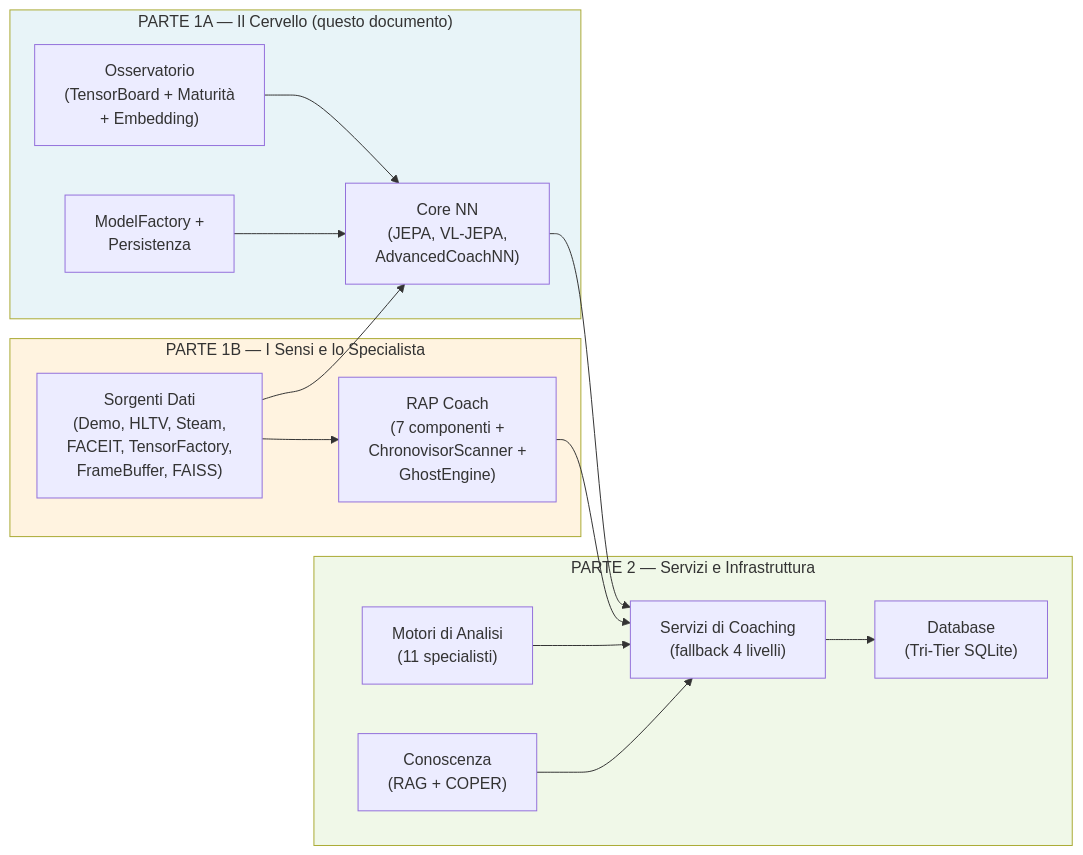
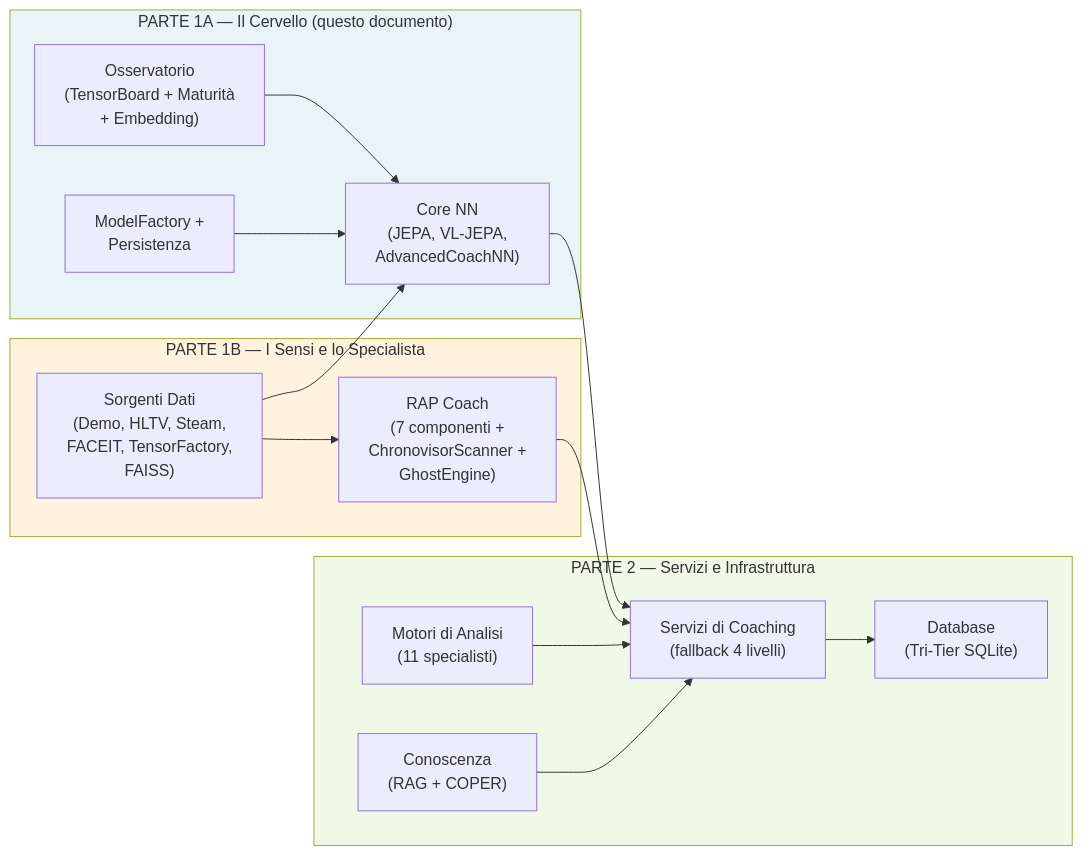
Diagram 22 of 22 in docs/books/Book-Coach-1A.md (renanaugustomacena-ux/Counter-Strike-coach-AI), drawn with Mermaid before and after one commit. The commit also changed other lines of this file and 36 other files, not shown here.

````diff
--- a/docs/books/Book-Coach-1A.md
+++ b/docs/books/Book-Coach-1A.md
@@ -1271,32 +1271,32 @@
 ```mermaid
 flowchart LR
     subgraph PARTE1A["PARTE 1A — Il Cervello (questo documento)"]
         NN["Core NN<br/>(JEPA, VL-JEPA,<br/>AdvancedCoachNN)"]
         OBS["Osservatorio<br/>(TensorBoard + Maturità<br/>+ Embedding)"]
         FACTORY["ModelFactory +<br/>Persistenza"]
     end
     subgraph PARTE1B["PARTE 1B — I Sensi e lo Specialista"]
         RAP["RAP Coach<br/>(7 componenti +<br/>ChronovisorScanner +<br/>GhostEngine)"]
-        DS["Sorgenti Dati<br/>(Demo, HLTV, Steam,<br/>FACEIT, TensorFactory,<br/>FrameBuffer, FAISS)"]
+        DS["Sorgenti Dati<br/>(Demo, HLTV, Steam,<br/>FACEIT, TensorFactory,<br/>FAISS)"]
     end
     subgraph PARTE2["PARTE 2 — Servizi e Infrastruttura"]
         SVC["Servizi di Coaching<br/>(fallback 4 livelli)"]
         ANL["Motori di Analisi<br/>(11 specialisti)"]
         KB["Conoscenza<br/>(RAG + COPER)"]
         DB["Database<br/>(Tri-Tier SQLite)"]
     end
 
     DS --> NN
     DS --> RAP
     NN --> SVC
     RAP --> SVC
     OBS --> NN
     FACTORY --> NN
     ANL --> SVC
     KB --> SVC
     SVC --> DB
 
     style PARTE1A fill:#e8f4f8
     style PARTE1B fill:#fff3e0
     style PARTE2 fill:#f0f8e8
 ```
````
